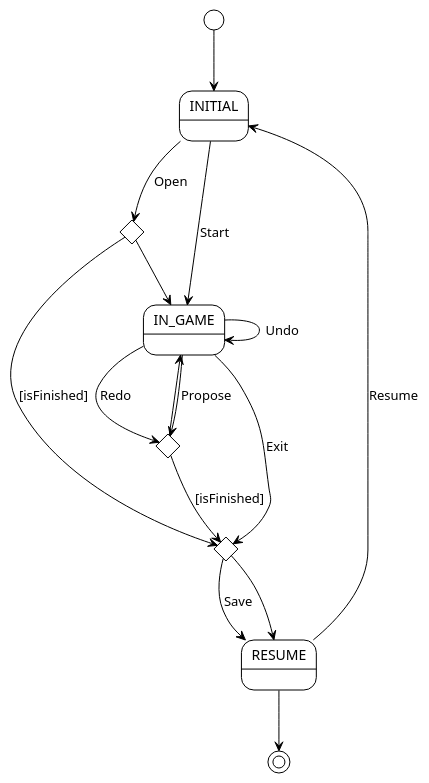
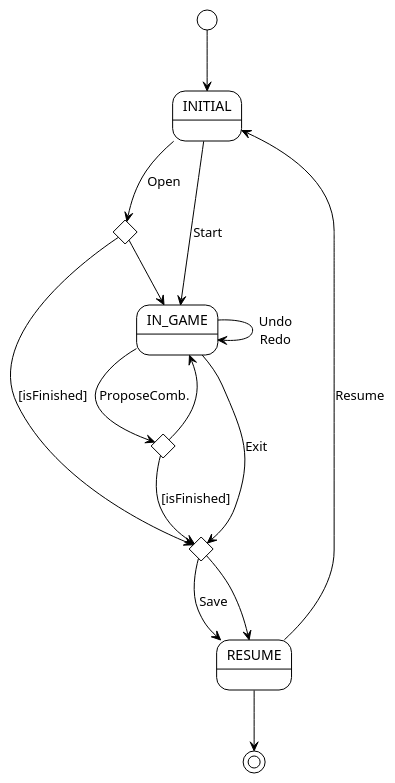
Before and after one commit to PacoMorando/multiplatform-master-mind: the diagram in docs/console/context.plantuml, drawn with PlantUML. The commit also changed 5 other files, not shown here.

Commit message:
Avance en diagramas del core

```diff
--- a/docs/console/context.plantuml
+++ b/docs/console/context.plantuml
@@ -1,48 +1,29 @@
 @startuml context-core
 !theme plain
 top to bottom direction
 
 state start <<start>>
 state end <<end>>
 state openCondition <<choice>>
 state finishGameCondition <<choice>>
 state saveCondition <<choice>>
-' state resumeCondition <<choice>>
 state INITIAL
 state IN_GAME
-' state IN_SAVE
 state RESUME
-
-' start --> INITIAL
-' INITIAL --> IN_GAME :Start
-' INITIAL --> openCondition :Open
-' openCondition --> IN_GAME
-' openCondition --> IN_SAVE :[isFinished]
-' IN_GAME --> finishGameCondition :Propose
-' IN_GAME --> IN_GAME :Undo
-' IN_GAME --> finishGameCondition :Redo
-' IN_GAME --> IN_SAVE :Exit
-' finishGameCondition --> IN_GAME
-' finishGameCondition --> IN_SAVE :[isFinished]
-' IN_SAVE --> resumeCondition :Resume
-' IN_SAVE --> IN_SAVE :Save
-' resumeCondition --> end
-' resumeCondition --> INITIAL :[continue]
 
 start --> INITIAL
 INITIAL --> IN_GAME :Start
 INITIAL --> openCondition :Open
 openCondition --> IN_GAME
 openCondition --> saveCondition :[isFinished]
-IN_GAME --> finishGameCondition :Propose
-IN_GAME --> IN_GAME :Undo
-IN_GAME --> finishGameCondition :Redo
+IN_GAME --> finishGameCondition :ProposeComb.
+IN_GAME --> IN_GAME :Undo\nRedo
 IN_GAME --> saveCondition :Exit
 finishGameCondition --> IN_GAME
 finishGameCondition --> saveCondition :[isFinished]
 saveCondition --> RESUME :Save
 saveCondition --> RESUME 
 RESUME --> end 
 RESUME --> INITIAL :Resume
 
 @enduml
```
